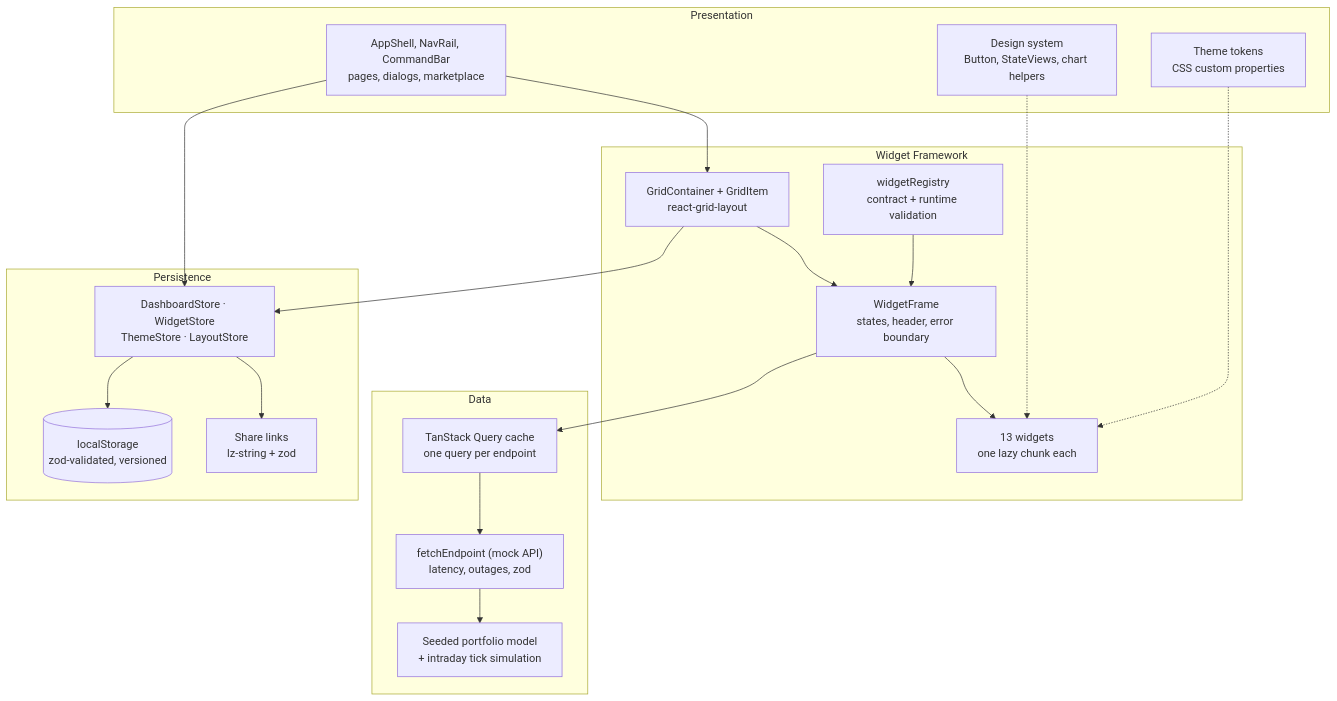
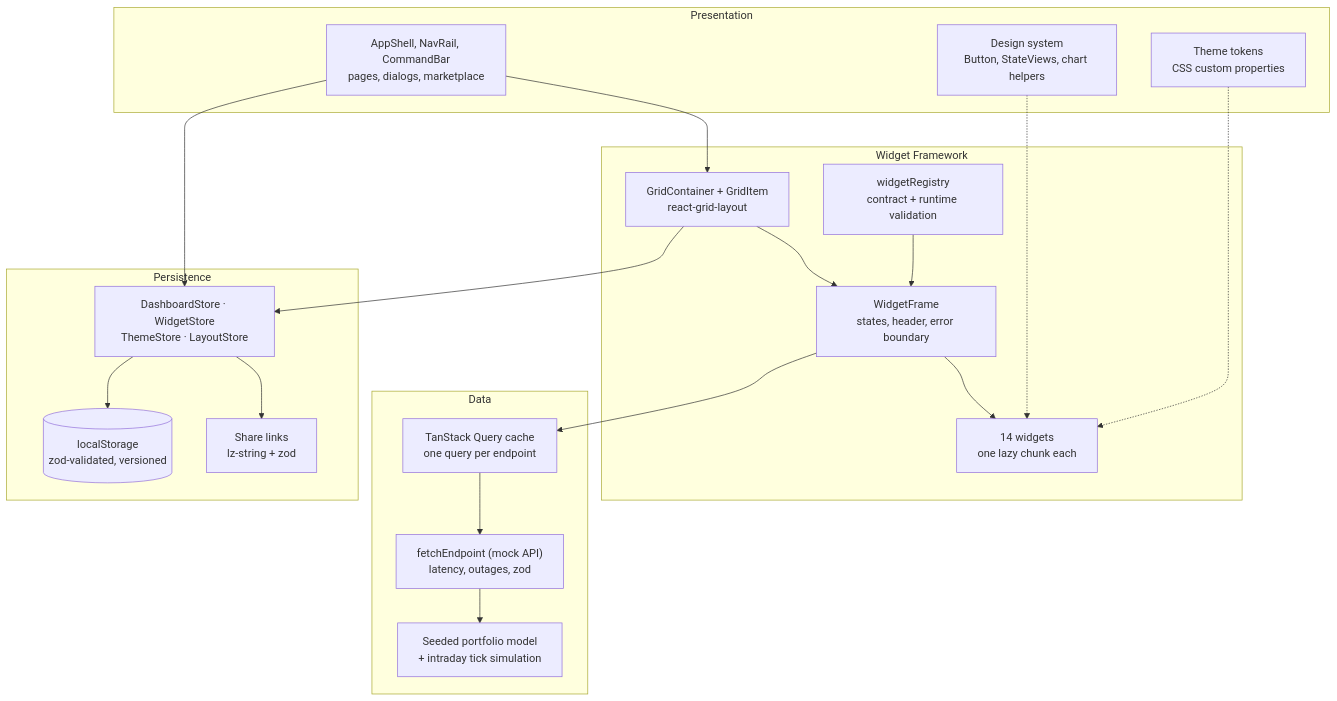
Before and after one commit to vaishnavibhagwat/Project-C: the first of 6 diagrams in docs/ARCHITECTURE.md, drawn with Mermaid. The commit also changed other lines of this file and 15 other files, not shown here.

First line of the commit message:
feat(widgets): W01 portfolio pie chart with drill-down and SYMBOL_SELECTED hook point

````diff
--- a/docs/ARCHITECTURE.md
+++ b/docs/ARCHITECTURE.md
@@ -18,38 +18,38 @@
 ```mermaid
 flowchart TB
   subgraph P["Presentation"]
     shell["AppShell, NavRail, CommandBar<br/>pages, dialogs, marketplace"]
     ds["Design system<br/>Button, StateViews, chart helpers"]
     theme["Theme tokens<br/>CSS custom properties"]
   end
   subgraph W["Widget Framework"]
     registry["widgetRegistry<br/>contract + runtime validation"]
     grid["GridContainer + GridItem<br/>react-grid-layout"]
     frame["WidgetFrame<br/>states, header, error boundary"]
-    widgets["13 widgets<br/>one lazy chunk each"]
+    widgets["14 widgets<br/>one lazy chunk each"]
   end
   subgraph D["Data"]
     query["TanStack Query cache<br/>one query per endpoint"]
     api["fetchEndpoint (mock API)<br/>latency, outages, zod"]
     sim["Seeded portfolio model<br/>+ intraday tick simulation"]
   end
   subgraph S["Persistence"]
     stores["DashboardStore · WidgetStore<br/>ThemeStore · LayoutStore"]
     ls[("localStorage<br/>zod-validated, versioned")]
     share["Share links<br/>lz-string + zod"]
   end
 
   shell --> grid
   grid --> frame
   registry --> frame
   frame --> widgets
   frame --> query
   query --> api
   api --> sim
   shell --> stores
   grid --> stores
   stores --> ls
   stores --> share
   ds -.-> widgets
   theme -.-> widgets
 ```
````
